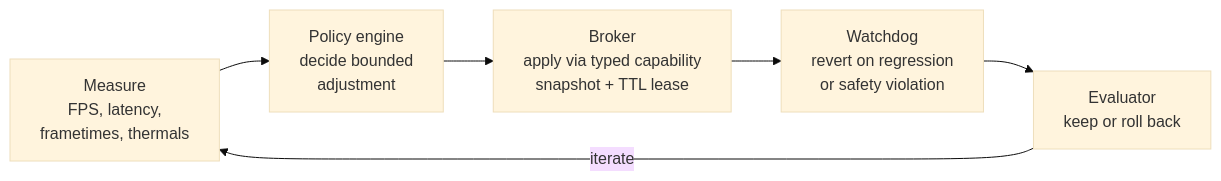
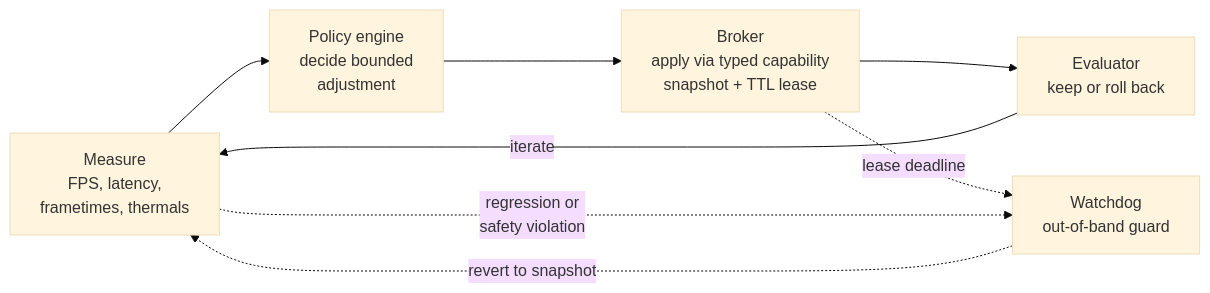
The diagram in README.md (undeemed/fpsmaxxing), drawn with Mermaid (base theme) before and after one commit. The commit also changed other lines of this file, not shown here.

Commit message:
no-mistakes(review): hedge closed-loop README claims and draw watchdog out-of-band

````diff
--- a/README.md
+++ b/README.md
@@ -15,13 +15,15 @@
 ```mermaid
 flowchart LR
     M["Measure<br/>FPS, latency,<br/>frametimes, thermals"]
     P["Policy engine<br/>decide bounded<br/>adjustment"]
     B["Broker<br/>apply via typed capability<br/>snapshot + TTL lease"]
-    W["Watchdog<br/>revert on regression<br/>or safety violation"]
     E["Evaluator<br/>keep or roll back"]
+    W["Watchdog<br/>out-of-band guard"]
     M --> P
     P --> B
-    B --> W
-    W --> E
+    B --> E
     E -->|iterate| M
+    B -.->|lease deadline| W
+    M -.->|regression or<br/>safety violation| W
+    W -.->|revert to snapshot| M
 ```
````
